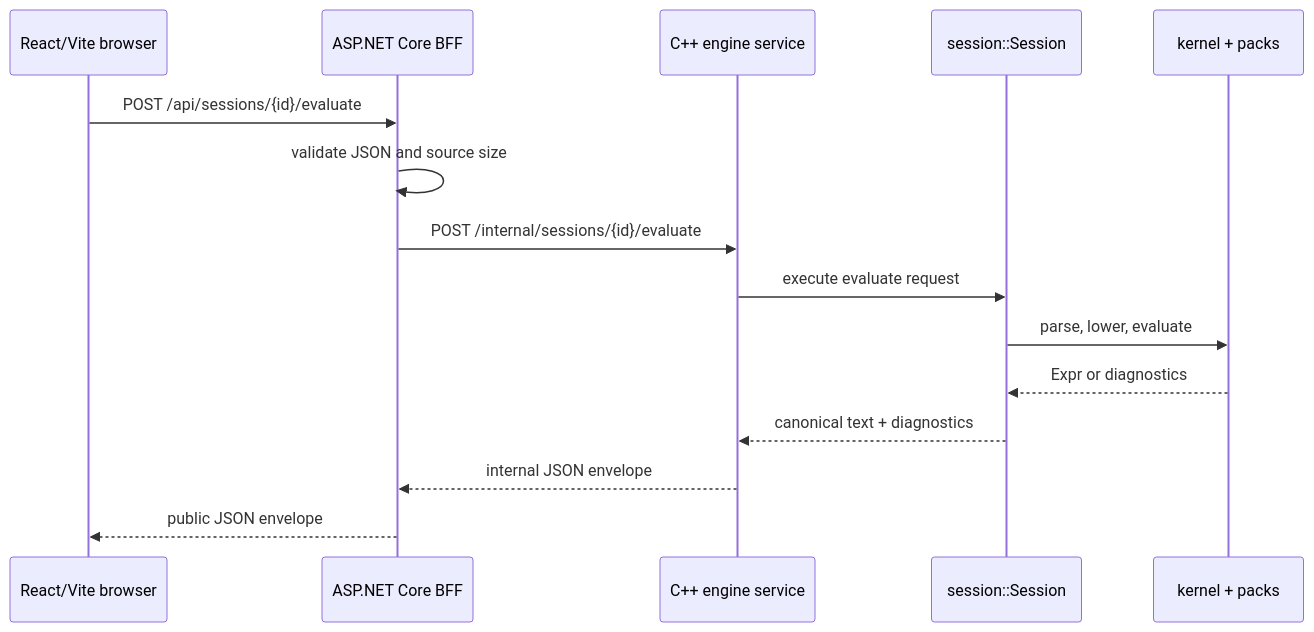
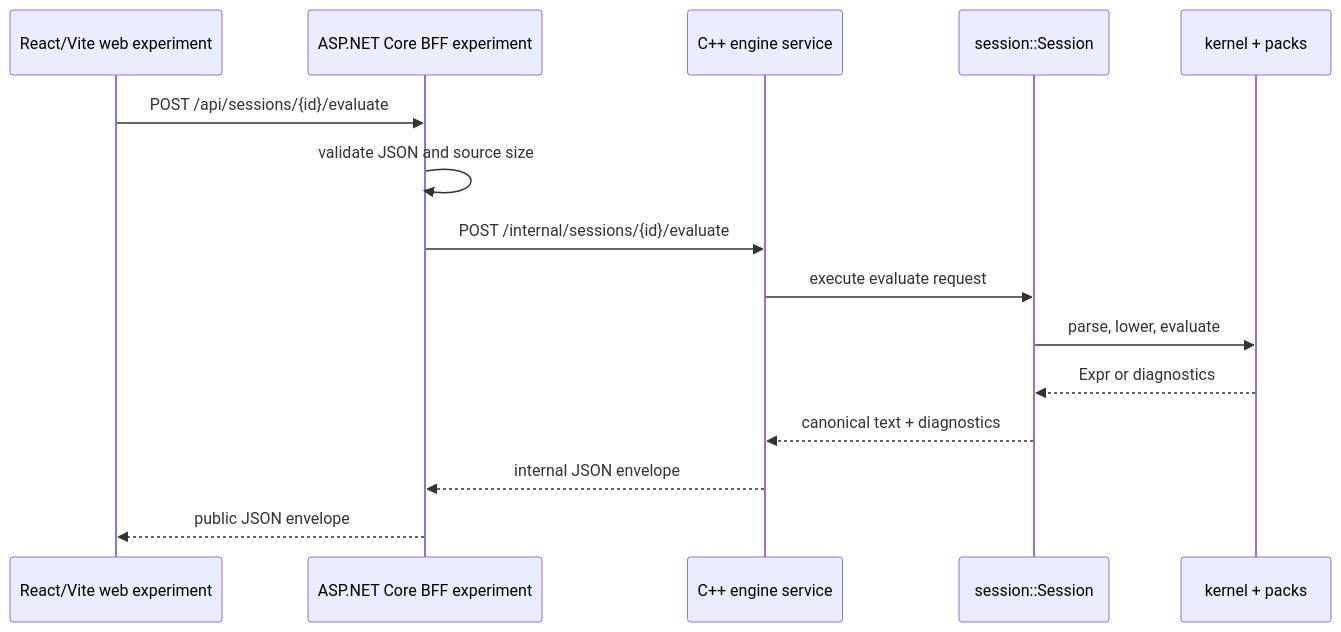
Before and after one commit to sergiorf/aleph3: the fourth of 10 diagrams in docs/architecture.md, drawn with Mermaid. The commit also changed other lines of this file and 12 other files, not shown here.

First line of the commit message:
docs: align roadmap around notebook-first private core split

````diff
--- a/docs/architecture.md
+++ b/docs/architecture.md
@@ -208,17 +214,17 @@
 ```mermaid
 sequenceDiagram
-    participant Browser as React/Vite browser
-    participant BFF as ASP.NET Core BFF
+    participant Browser as React/Vite web experiment
+    participant BFF as ASP.NET Core BFF experiment
     participant Engine as C++ engine service
     participant Session as session::Session
     participant Kernel as kernel + packs
     Browser->>BFF: POST /api/sessions/{id}/evaluate
     BFF->>BFF: validate JSON and source size
     BFF->>Engine: POST /internal/sessions/{id}/evaluate
     Engine->>Session: execute evaluate request
     Session->>Kernel: parse, lower, evaluate
     Kernel-->>Session: Expr or diagnostics
     Session-->>Engine: canonical text + diagnostics
     Engine-->>BFF: internal JSON envelope
     BFF-->>Browser: public JSON envelope
 ```
````
